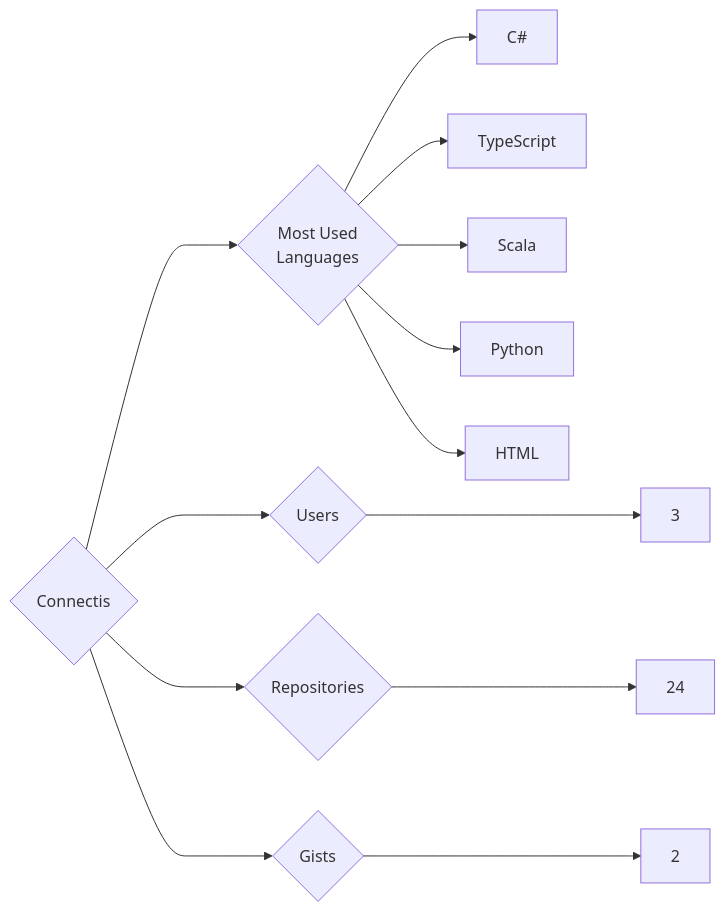
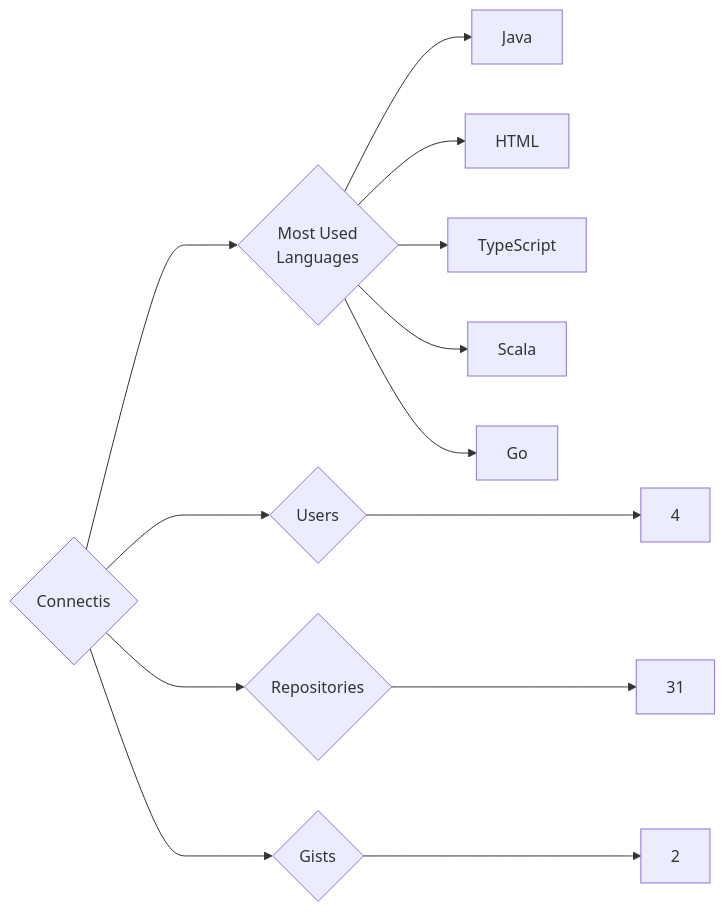
Before and after one commit to trickest/insiders: the diagram in targets/Connectis/README.md, drawn with Mermaid. The commit also changed 1141 other files, not shown here.

````diff
--- a/targets/Connectis/README.md
+++ b/targets/Connectis/README.md
@@ -3,13 +3,13 @@
 ```mermaid
 graph LR
 COMPANY_NAME{Connectis}
-COMPANY_NAME ---> U{Users} ---> UN[3]
-COMPANY_NAME ---> R{Repositories} ---> RN[24]
+COMPANY_NAME ---> U{Users} ---> UN[4]
+COMPANY_NAME ---> R{Repositories} ---> RN[31]
 COMPANY_NAME ---> G{Gists} ---> GN[2]
 COMPANY_NAME ---> ML{Most Used<br>Languages}
-ML --> C#[C#]
+ML --> Java[Java]
+ML --> HTML[HTML]
 ML --> TypeScript[TypeScript]
 ML --> Scala[Scala]
-ML --> Python[Python]
-ML --> HTML[HTML]
+ML --> Go[Go]
 ```
````
